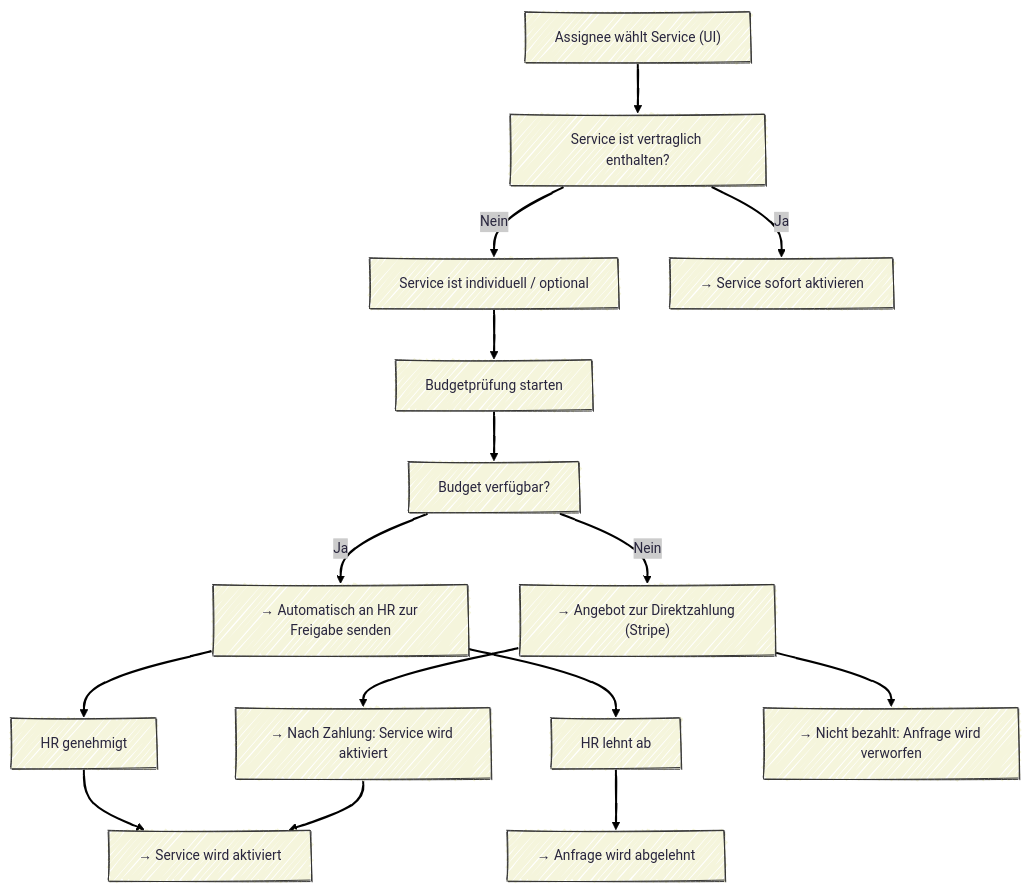
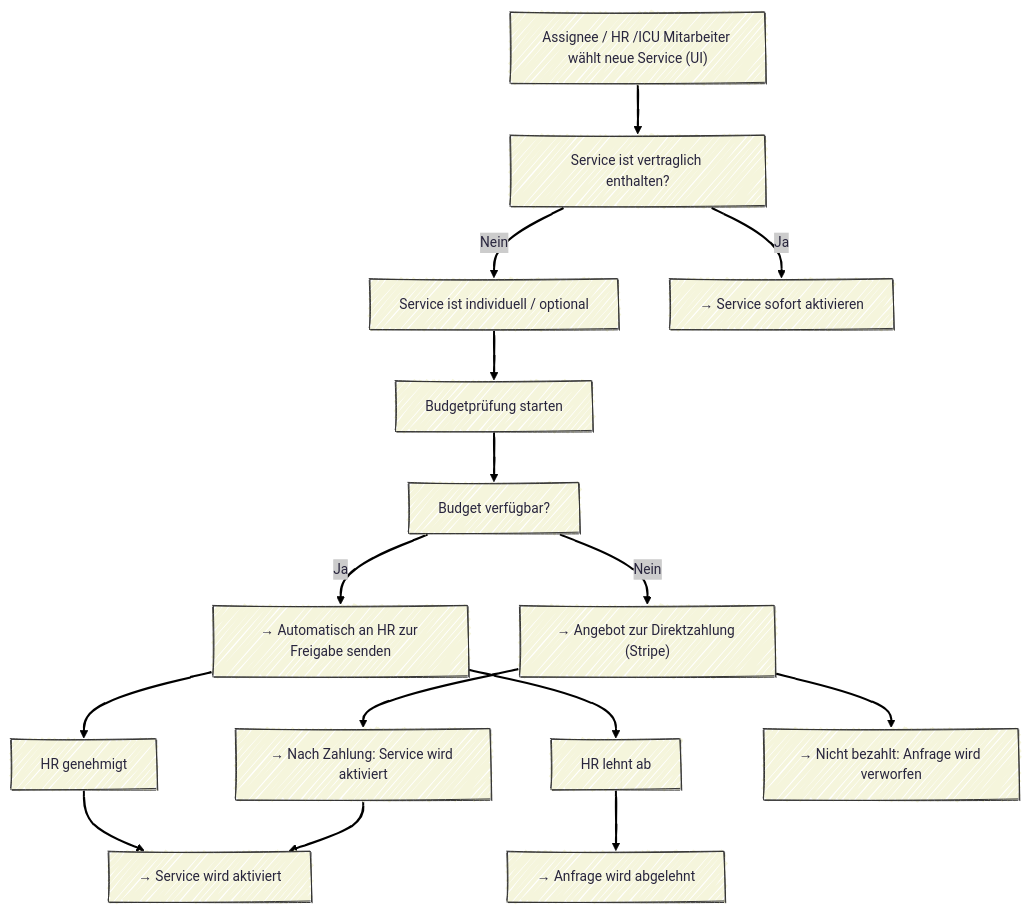
One commit to RezaGhaemiICU/VersionArchi4.2.0 changed the diagram in docs/diagrams/DynamicServiveRequestModull.mmd. Above: the diagram before and after it, drawn with Mermaid.

```diff
--- a/docs/diagrams/DynamicServiveRequestModull.mmd
+++ b/docs/diagrams/DynamicServiveRequestModull.mmd
@@ -1,36 +1,36 @@
 ---
 config:
   theme: redux
   look: handDrawn
 ---
 flowchart TD
-  A["Assignee wählt Service (UI)"]
+  A["Assignee / HR /ICU Mitarbeiter wählt neue Service (UI)"]
   B1["Service ist vertraglich enthalten?"]
   B2["Service ist individuell / optional"]
   C1["→ Service sofort aktivieren"]
   C2["Budgetprüfung starten"]
   D["Budget verfügbar?"]
   E1["→ Automatisch an HR zur Freigabe senden"]
   E2["→ Angebot zur Direktzahlung (Stripe)"]
   F1["HR genehmigt"]
   F2["HR lehnt ab"]
   G1["→ Service wird aktiviert"]
   G2["→ Anfrage wird abgelehnt"]
   H1["→ Nach Zahlung: Service wird aktiviert"]
   H2["→ Nicht bezahlt: Anfrage wird verworfen"]
   A --> B1
   B1 -- Ja --> C1
   B1 -- Nein --> B2
   B2 --> C2
   C2 --> D
   D -- Ja --> E1
   D -- Nein --> E2
   E1 --> F1
   E1 --> F2
   F1 --> G1
   F2 --> G2
   E2 --> H1
   H1 --> G1
   E2 --> H2
   classDef step fill:#F5F5DC,stroke:#333,stroke-width:1px;
   class A,B1,B2,C1,C2,D,E1,E2,F1,F2,G1,G2,H1,H2 step;
```
